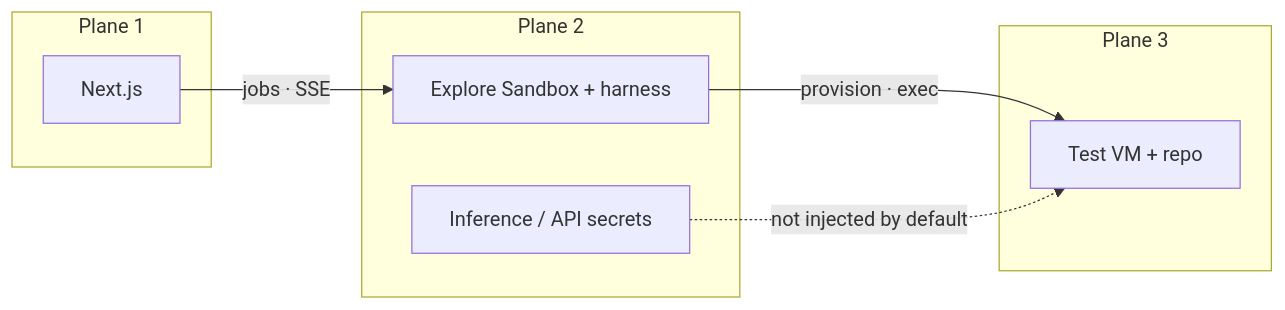
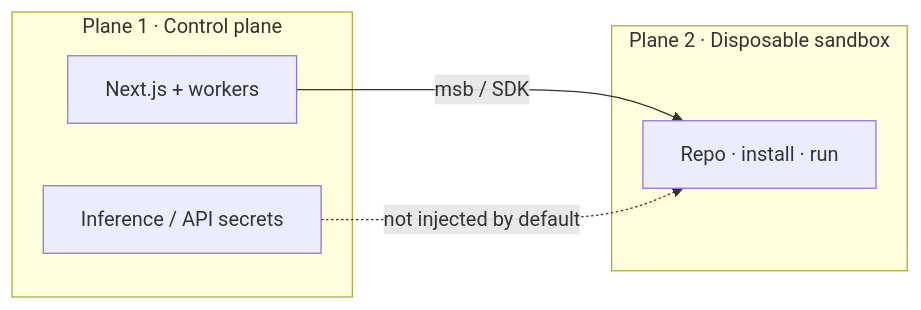
Before and after one commit to ludvigodin/killhub: the third of 4 diagrams in ARCHITECTURE.md, drawn with Mermaid. The commit also changed other lines of this file and 10 other files, not shown here.

````diff
--- a/ARCHITECTURE.md
+++ b/ARCHITECTURE.md
@@ -353,16 +275,12 @@
 ```mermaid
 flowchart LR
-  subgraph p1 ["Plane 1"]
-    Next["Next.js"]
-  end
-  subgraph p2 ["Plane 2"]
-    Sandbox["Explore Sandbox + harness"]
+  subgraph p1 ["Plane 1 · Control plane"]
+    Next["Next.js + workers"]
     Keys["Inference / API secrets"]
   end
-  subgraph p3 ["Plane 3"]
-    TestVM["Test VM + repo"]
+  subgraph p2 ["Plane 2 · Disposable sandbox"]
+    Box["Repo · install · run"]
   end
-  Next -->|"jobs · SSE"| Sandbox
-  Sandbox -->|"provision · exec"| TestVM
-  Keys -.->|"not injected by default"| TestVM
+  Next -->|"msb / SDK"| Box
+  Keys -.->|"not injected by default"| Box
 ```
````
